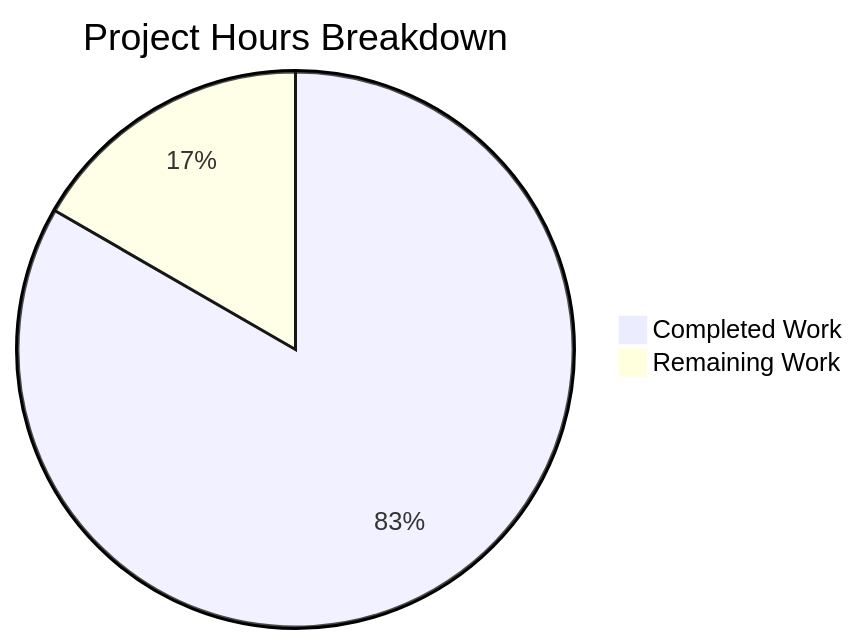
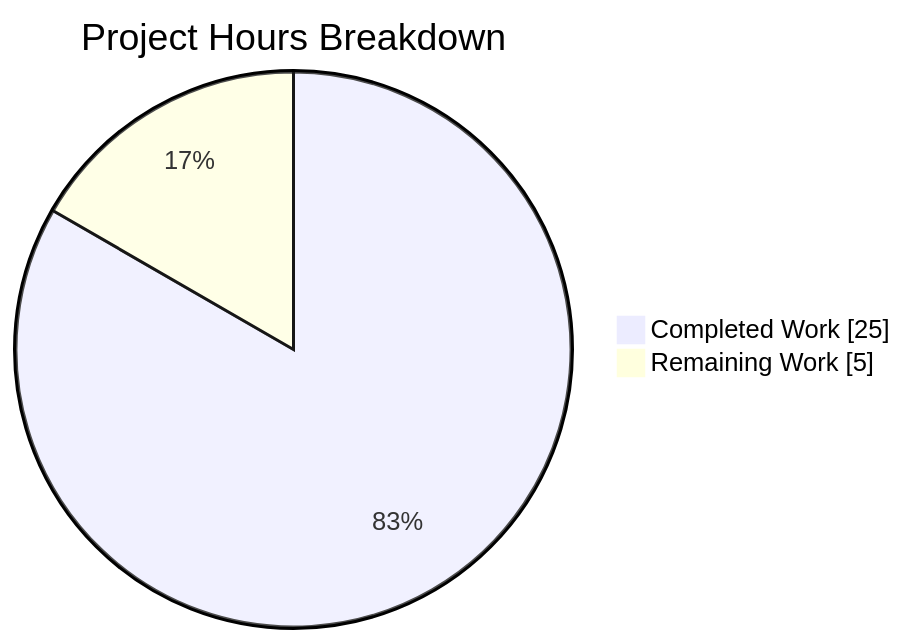
One commit to ajitblitzy/Ajit_GH_Repo-12-Mar-26 changed the second of 3 diagrams in blitzy/documentation/Project Guide.md. Above: the diagram before and after it, drawn with Mermaid. The commit also changed other lines of this file, not shown here.

Commit message:
Adding Blitzy Project Guide: Project Status and Human Tasks Remaining

````diff
--- a/blitzy/documentation/Project Guide.md
+++ b/blitzy/documentation/Project Guide.md
@@ -181,5 +204,5 @@
 ```mermaid
-pie title Project Hours Breakdown
-    "Completed Work" : 12.5
-    "Remaining Work" : 2.5
+pie showData title Project Hours Breakdown
+    "Completed Work" : 25
+    "Remaining Work" : 5
 ```
````
